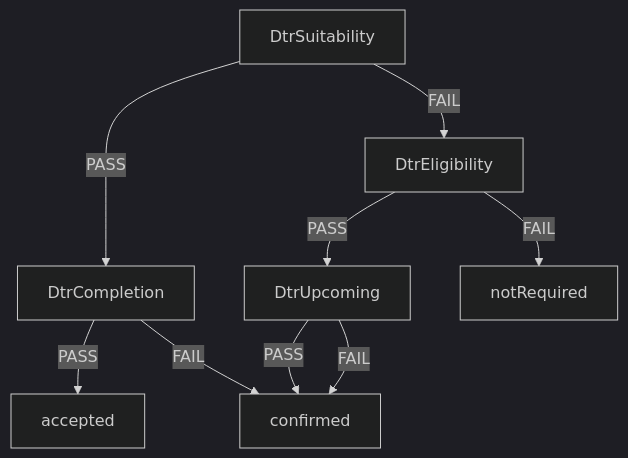
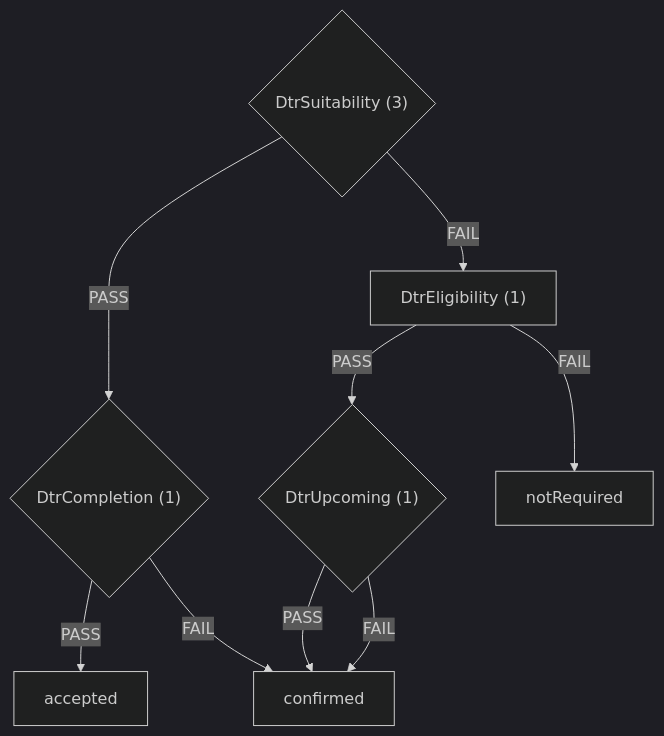
One commit to ministryofjustice/hmpps-single-accommodation-service-api changed the fifth of 6 diagrams in docs/eligibility-rules-graph.md. Above: the diagram before and after it, drawn with Mermaid (dark theme). The commit also changed other lines of this file and 35 other files, not shown here.

````diff
--- a/docs/eligibility-rules-graph.md
+++ b/docs/eligibility-rules-graph.md
@@ -199,18 +291,18 @@
 ```mermaid
 flowchart TD
-  DtrSuitability["DtrSuitability"]
-  DtrCompletion["DtrCompletion"]
+  DtrSuitability{"DtrSuitability (3)"}
+  DtrCompletion{"DtrCompletion (1)"}
   accepted["accepted"]
   confirmed["confirmed"]
-  DtrEligibility["DtrEligibility"]
-  DtrUpcoming["DtrUpcoming"]
+  DtrEligibility["DtrEligibility (1)"]
+  DtrUpcoming{"DtrUpcoming (1)"}
   notRequired["notRequired"]
   DtrCompletion -->|PASS| accepted
   DtrCompletion -->|FAIL| confirmed
   DtrUpcoming -->|PASS| confirmed
   DtrUpcoming -->|FAIL| confirmed
   DtrEligibility -->|PASS| DtrUpcoming
   DtrEligibility -->|FAIL| notRequired
   DtrSuitability -->|PASS| DtrCompletion
   DtrSuitability -->|FAIL| DtrEligibility
 ```
````
